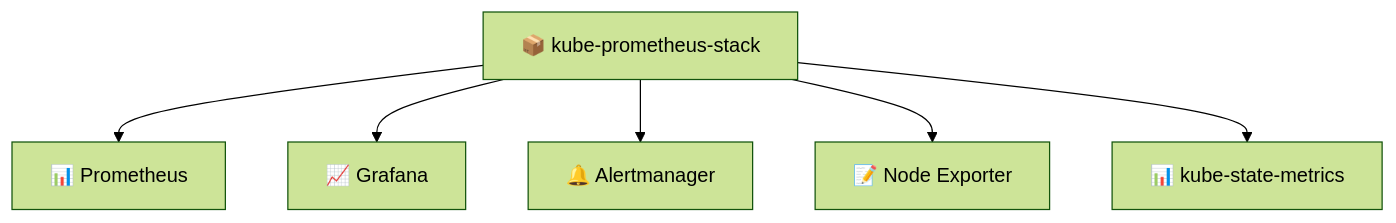
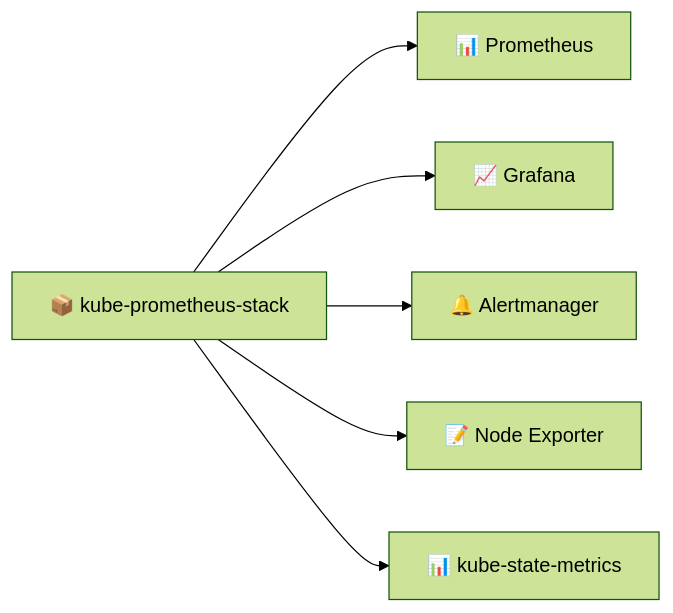
One commit to inno-devops-labs/DevOps-Core-Course changed diagram 12 of 15 in lectures/lec15.md. Above: the diagram before and after it, drawn with Mermaid (forest theme). The commit also changed other lines of this file and 14 other files, not shown here.

First line of the commit message:
Merge pull request #3565 from LocalT0aster/fix-flowcharts

````diff
--- a/lectures/lec15.md
+++ b/lectures/lec15.md
@@ -501,8 +504,8 @@
 ```mermaid
-flowchart TD
+flowchart LR
   A[📦 kube-prometheus-stack] --> B[📊 Prometheus]
   A --> C[📈 Grafana]
   A --> D[🔔 Alertmanager]
   A --> E[📝 Node Exporter]
   A --> F[📊 kube-state-metrics]
 ```
````
